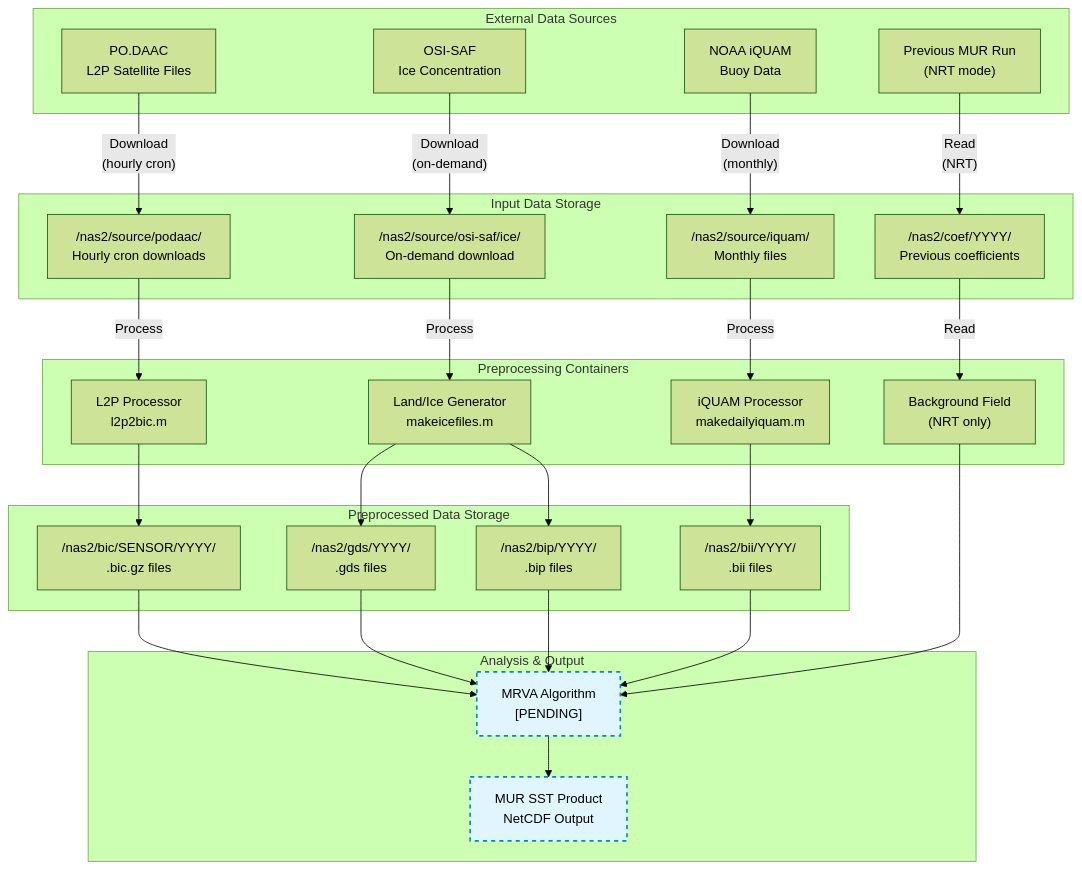
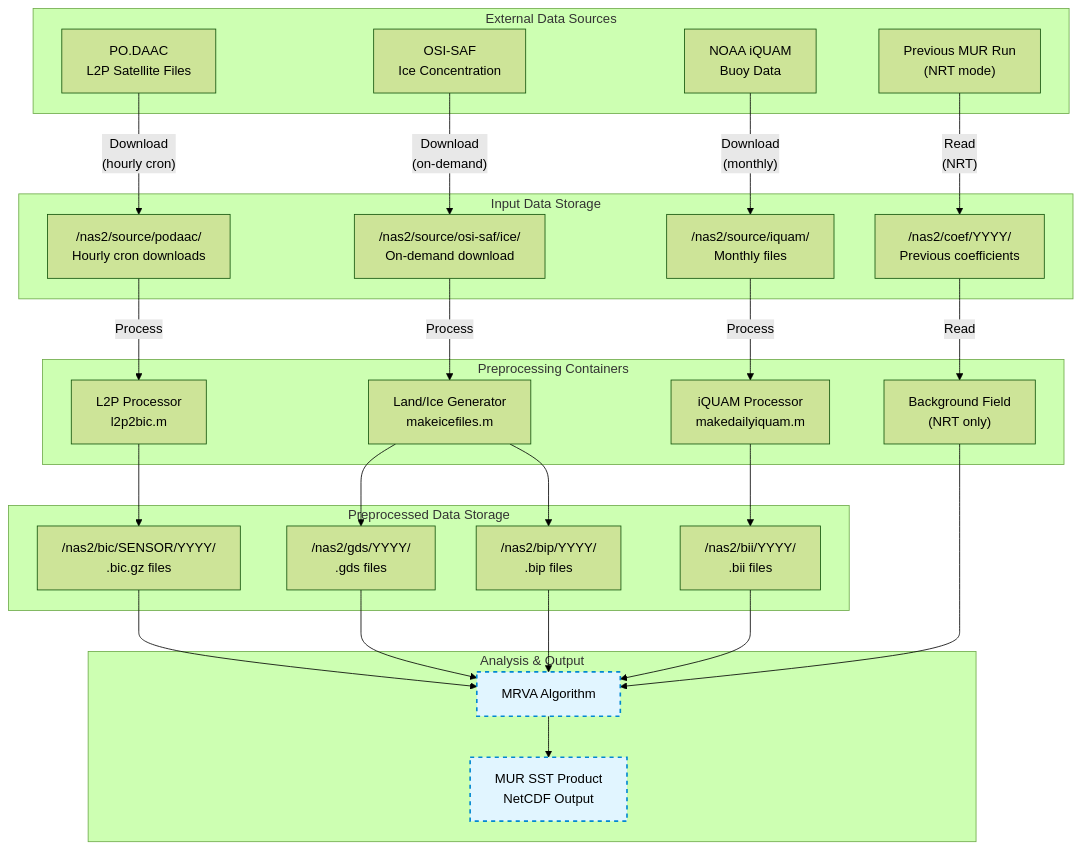
Before and after one commit to podaac/mur: the first of 3 diagrams in documentation/DATA_LIFECYCLE.md, drawn with Mermaid (forest theme). The commit also changed other lines of this file and 39 other files, not shown here.

````diff
--- a/documentation/DATA_LIFECYCLE.md
+++ b/documentation/DATA_LIFECYCLE.md
@@ -22,61 +22,61 @@
 ```mermaid
 flowchart TB
     subgraph external["External Data Sources"]
         PODAAC["PO.DAAC<br/>L2P Satellite Files"]
         OSISAF["OSI-SAF<br/>Ice Concentration"]
         IQUAM_SRC["NOAA iQUAM<br/>Buoy Data"]
         PREV["Previous MUR Run<br/>(NRT mode)"]
     end
 
     subgraph storage["Input Data Storage"]
         PODAAC_STOR["/nas2/source/podaac/<br/>Hourly cron downloads"]
         ICE_STOR["/nas2/source/osi-saf/ice/<br/>On-demand download"]
         IQUAM_STOR["/nas2/source/iquam/<br/>Monthly files"]
         COEF_STOR["/nas2/coef/YYYY/<br/>Previous coefficients"]
     end
 
     subgraph containers["Preprocessing Containers"]
         L2P_PROC["L2P Processor<br/>l2p2bic.m"]
         LANDICE_PROC["Land/Ice Generator<br/>makeicefiles.m"]
         IQUAM_PROC["iQUAM Processor<br/>makedailyiquam.m"]
         BG["Background Field<br/>(NRT only)"]
     end
 
     subgraph preprocessed["Preprocessed Data Storage"]
         BIC["/nas2/bic/SENSOR/YYYY/<br/>.bic.gz files"]
         GDS["/nas2/gds/YYYY/<br/>.gds files"]
         BIP["/nas2/bip/YYYY/<br/>.bip files"]
         BII["/nas2/bii/YYYY/<br/>.bii files"]
     end
 
     subgraph analysis["Analysis & Output"]
-        MRVA["MRVA Algorithm<br/>[PENDING]"]
+        MRVA["MRVA Algorithm"]
         OUTPUT["MUR SST Product<br/>NetCDF Output"]
     end
 
     PODAAC -->|"Download<br/>(hourly cron)"| PODAAC_STOR
     OSISAF -->|"Download<br/>(on-demand)"| ICE_STOR
     IQUAM_SRC -->|"Download<br/>(monthly)"| IQUAM_STOR
     PREV -->|"Read<br/>(NRT)"| COEF_STOR
 
     PODAAC_STOR -->|Process| L2P_PROC
     ICE_STOR -->|Process| LANDICE_PROC
     IQUAM_STOR -->|Process| IQUAM_PROC
     COEF_STOR -->|Read| BG
 
     L2P_PROC --> BIC
     LANDICE_PROC --> GDS
     LANDICE_PROC --> BIP
     IQUAM_PROC --> BII
 
     BIC --> MRVA
     GDS --> MRVA
     BIP --> MRVA
     BII --> MRVA
     BG --> MRVA
 
     MRVA --> OUTPUT
 
     style MRVA fill:#e1f5ff,stroke:#0288d1,stroke-width:2px,stroke-dasharray: 5 5
     style OUTPUT fill:#e1f5ff,stroke:#0288d1,stroke-width:2px,stroke-dasharray: 5 5
 ```
````
